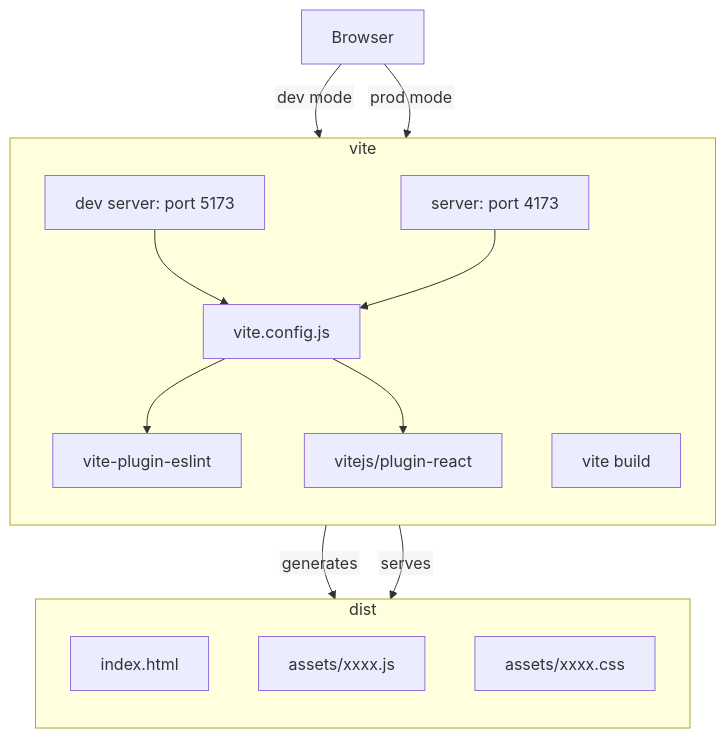
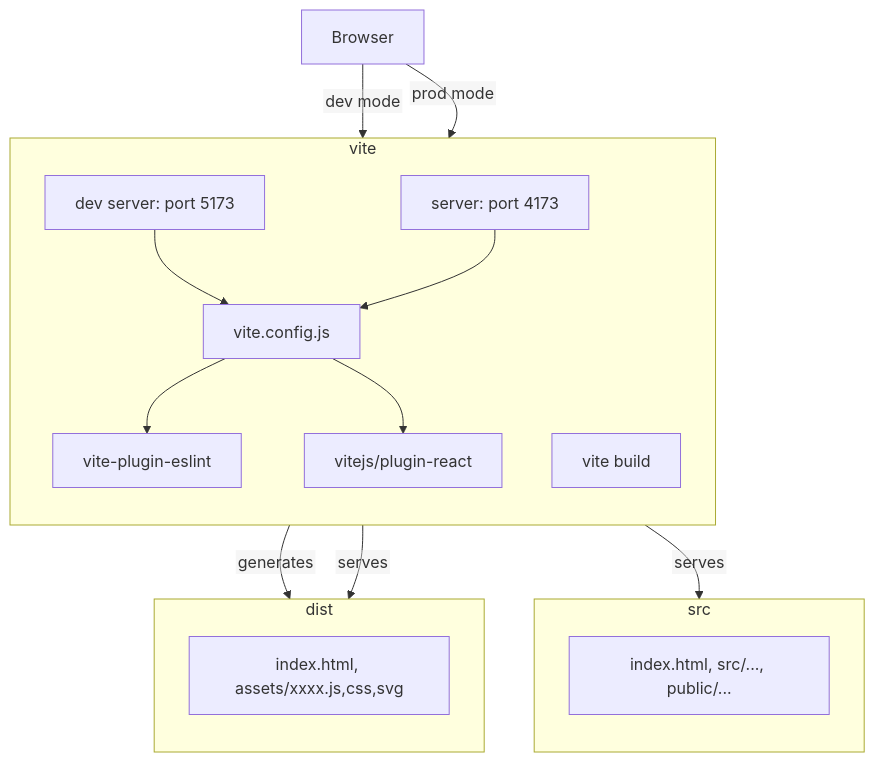
The diagram in README.md (zen-code-symphony/reactconcepts), drawn with Mermaid before and after one commit.

````diff
--- a/README.md
+++ b/README.md
@@ -3,22 +3,25 @@
 ```mermaid
 %%{init: {"flowchart": {"htmlLabels": false}} }%%
 flowchart TB
     subgraph vite
         direction TB
         viteserver[dev server: port 5173] --> viteconfig[vite.config.js]
         vitepreview[server: port 4173] --> viteconfig
         viteconfig --> viteplugineslint[vite-plugin-eslint]
         viteconfig --> vitejspluginreact[vitejs/plugin-react]
         vitebuild[vite build]
     end
     subgraph dist
         direction TB
-        index.html
-        assets/xxxx.js
-        assets/xxxx.css
+        index.html1[index.html, assets/xxxx.js,css,svg]
+    end
+    subgraph src
+        direction TB
+        index.html2[index.html, src/..., public/...]
     end
     vitebuild --generates--> dist
     vitepreview --serves--> dist
+    viteserver --serves --> src
     Browser --dev mode--> viteserver
     Browser --prod mode--> vitepreview
 ```
````
